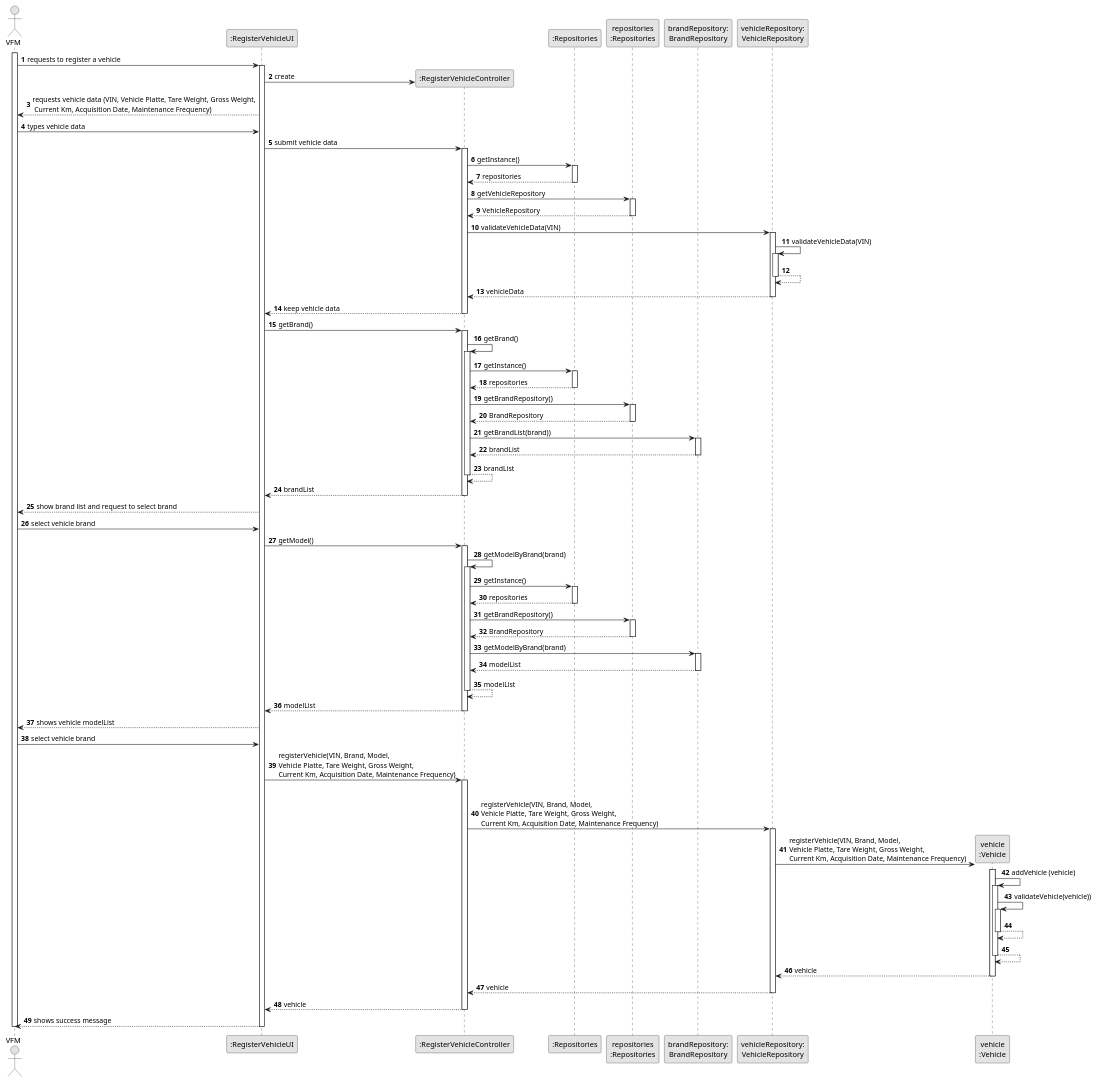
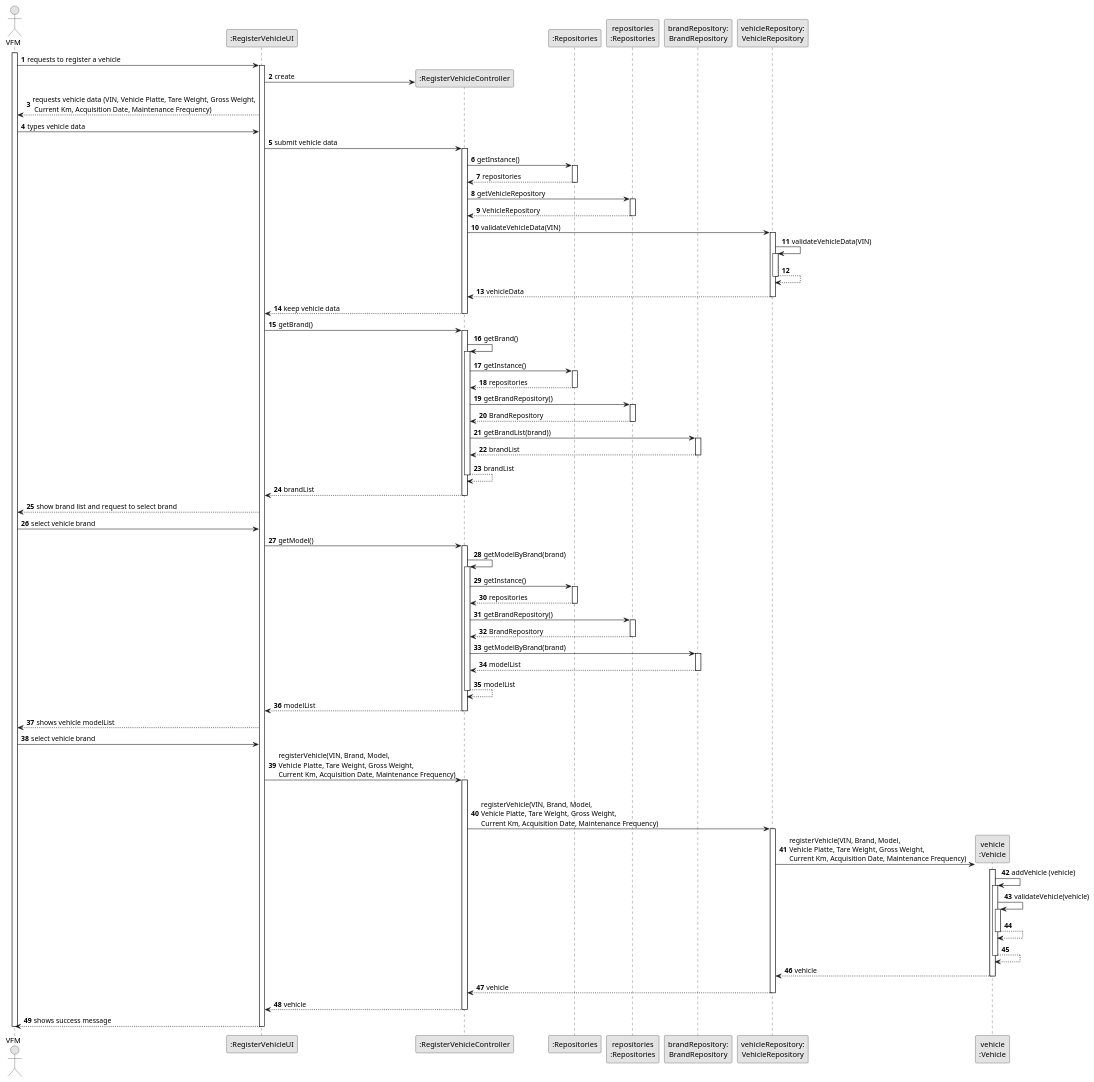
One commit to ricardomm7/leaflink changed the diagram in docs/sprintB/us006/03.design/puml/us006-sequence-diagram-full.puml. Above: the diagram before and after it, drawn with PlantUML. The commit also changed 3 other files, not shown here.

Commit message:
LFC2-88<Finish the class diagram and change the sequence diagram> LFC2-90<Finish the class diagram and change the sequence diagram>

```diff
--- a/docs/sprintB/us006/03.design/puml/us006-sequence-diagram-full.puml
+++ b/docs/sprintB/us006/03.design/puml/us006-sequence-diagram-full.puml
@@ -1,169 +1,169 @@
 @startuml
 skinparam monochrome true
 skinparam packageStyle rectangle
 skinparam shadowing false
 
 
 autonumber
 
 'hide footbox
 actor "VFM" as VFM
 participant ":RegisterVehicleUI" as UI
 participant ":RegisterVehicleController" as CTRL
 participant ":Repositories" as RepositorySingleton
 participant "repositories\n:Repositories" as PLAT
 participant "brandRepository:\nBrandRepository" as BrandRepository
 participant "vehicleRepository:\nVehicleRepository" as VehicleRepository
 participant "vehicle\n:Vehicle" as VEI
 
 activate VFM
 
     VFM -> UI : requests to register a vehicle
     activate UI
 
         UI -> CTRL** : create
 
         UI --> VFM : requests vehicle data (VIN, Vehicle Platte, Tare Weight, Gross Weight,\n Current Km, Acquisition Date, Maintenance Frequency)
 
     VFM -> UI : types vehicle data
 
         UI -> CTRL : submit vehicle data
         activate CTRL
 
             CTRL -> RepositorySingleton: getInstance()
             activate RepositorySingleton
 
             RepositorySingleton --> CTRL: repositories
             deactivate RepositorySingleton
 
             CTRL -> PLAT: getVehicleRepository
             activate PLAT
 
             PLAT --> CTRL: VehicleRepository
             deactivate PLAT
 
             CTRL -> VehicleRepository : validateVehicleData(VIN)
             activate VehicleRepository
 
             VehicleRepository -> VehicleRepository: validateVehicleData(VIN)
             activate VehicleRepository
 
             VehicleRepository --> VehicleRepository
             deactivate VehicleRepository
 
 
 
             VehicleRepository --> CTRL : vehicleData
             deactivate VehicleRepository
 
         CTRL --> UI : keep vehicle data
         deactivate CTRL
 
         UI -> CTRL : getBrand()
         activate CTRL
 
             CTRL -> CTRL : getBrand()
             activate CTRL
 
                 CTRL -> RepositorySingleton : getInstance()
                 activate RepositorySingleton
 
                 RepositorySingleton --> CTRL: repositories
                 deactivate RepositorySingleton
 
                 CTRL -> PLAT : getBrandRepository()
                 activate PLAT
 
                 PLAT --> CTRL : BrandRepository
                 deactivate PLAT
 
                 CTRL -> BrandRepository : getBrandList(brand))
                 activate BrandRepository
 
                 BrandRepository --> CTRL : brandList
                 deactivate BrandRepository
 
                 CTRL --> CTRL : brandList
                 deactivate CTRL
 
             CTRL --> UI: brandList
             deactivate CTRL
 
 
 
     UI --> VFM : show brand list and request to select brand
 
     VFM -> UI : select vehicle brand
 
     UI -> CTRL : getModel()
     activate CTRL
 
         CTRL -> CTRL : getModelByBrand(brand)
                     activate CTRL
 
                         CTRL -> RepositorySingleton : getInstance()
                         activate RepositorySingleton
 
                         RepositorySingleton --> CTRL: repositories
                         deactivate RepositorySingleton
 
                         CTRL -> PLAT : getBrandRepository()
                         activate PLAT
 
                         PLAT --> CTRL : BrandRepository
                         deactivate PLAT
 
                         CTRL -> BrandRepository : getModelByBrand(brand)
                         activate BrandRepository
 
                         BrandRepository --> CTRL : modelList
                         deactivate BrandRepository
 
                     CTRL --> CTRL : modelList
                     deactivate CTRL
 
         CTRL --> UI: modelList
         deactivate CTRL
 
 
         UI --> VFM : shows vehicle modelList
 
     VFM -> UI : select vehicle brand
 
         UI -> CTRL : registerVehicle(VIN, Brand, Model, \nVehicle Platte, Tare Weight, Gross Weight, \nCurrent Km, Acquisition Date, Maintenance Frequency)
         activate CTRL
 
             |||
             CTRL -> VehicleRepository : registerVehicle(VIN, Brand, Model, \nVehicle Platte, Tare Weight, Gross Weight, \nCurrent Km, Acquisition Date, Maintenance Frequency)
             activate VehicleRepository
 
                 VehicleRepository -> VEI **: registerVehicle(VIN, Brand, Model, \nVehicle Platte, Tare Weight, Gross Weight, \nCurrent Km, Acquisition Date, Maintenance Frequency)
                 activate VEI
 
                     VEI -> VEI: addVehicle (vehicle)
                     activate VEI
 
-                    VEI -> VEI: validateVehicle(vehicle))
+                    VEI -> VEI: validateVehicle(vehicle)
                     activate VEI
 
                     VEI --> VEI
                     deactivate VEI
 
                     VEI --> VEI
                     deactivate VEI
 
                 VEI --> VehicleRepository: vehicle
                 deactivate VEI
 
             VehicleRepository --> CTRL: vehicle
             deactivate VehicleRepository
 
             CTRL --> UI: vehicle
             deactivate CTRL
 
         UI --> VFM : shows success message
     deactivate UI
 
 deactivate VFM
 
 @enduml
```
